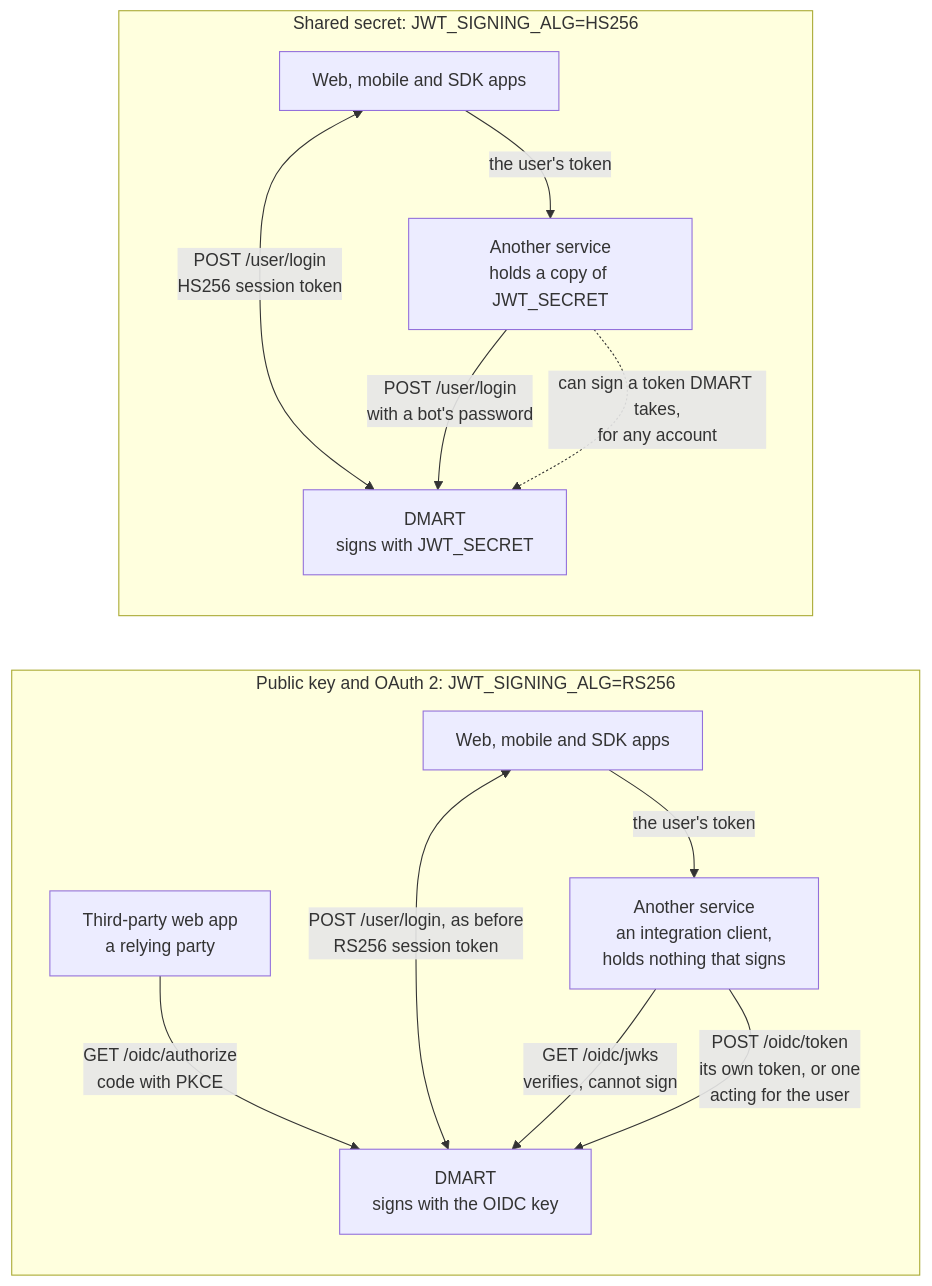
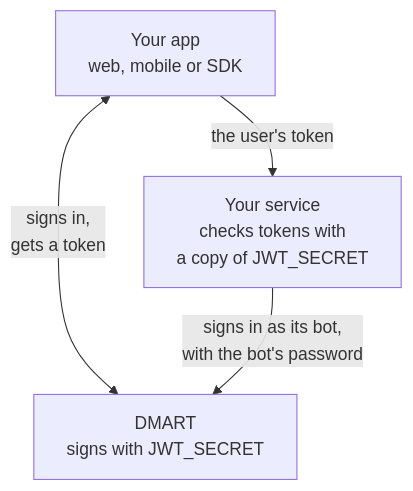
One commit to edraj/website changed the first of 2 diagrams in pack/space/pages/api_docs.md. Above: the diagram before and after it, drawn with Mermaid. The commit also changed other lines of this file and 1 other file, not shown here.

First line of the commit message:
docs(api): before and after pictures of the move to OAuth 2 (#39)

````diff
--- a/pack/space/pages/api_docs.md
+++ b/pack/space/pages/api_docs.md
@@ -815,19 +817,9 @@
 ```mermaid
 flowchart TB
-    subgraph HS["Shared secret: JWT_SIGNING_ALG=HS256"]
-        direction TB
-        A1["Web, mobile and SDK apps"] <-->|"POST /user/login<br/>HS256 session token"| D1["DMART<br/>signs with JWT_SECRET"]
-        A1 -->|"the user's token"| S1["Another service<br/>holds a copy of JWT_SECRET"]
-        S1 -->|"POST /user/login<br/>with a bot's password"| D1
-        S1 -.->|"can sign a token DMART takes,<br/>for any account"| D1
-    end
-    subgraph RS["Public key and OAuth 2: JWT_SIGNING_ALG=RS256"]
-        direction TB
-        R2["Third-party web app<br/>a relying party"] -->|"GET /oidc/authorize<br/>code with PKCE"| D2
-        A2["Web, mobile and SDK apps"] <-->|"POST /user/login, as before<br/>RS256 session token"| D2["DMART<br/>signs with the OIDC key"]
-        A2 -->|"the user's token"| S2["Another service<br/>an integration client,<br/>holds nothing that signs"]
-        S2 -->|"GET /oidc/jwks<br/>verifies, cannot sign"| D2
-        S2 -->|"POST /oidc/token<br/>its own token, or one<br/>acting for the user"| D2
-    end
-    HS ~~~ RS
+    App["Your app<br/>web, mobile or SDK"]
+    Svc["Your service<br/>checks tokens with<br/>a copy of JWT_SECRET"]
+    D["DMART<br/>signs with JWT_SECRET"]
+    App <-->|"signs in,<br/>gets a token"| D
+    App -->|"the user's token"| Svc
+    Svc -->|"signs in as its bot,<br/>with the bot's password"| D
 ```
````
